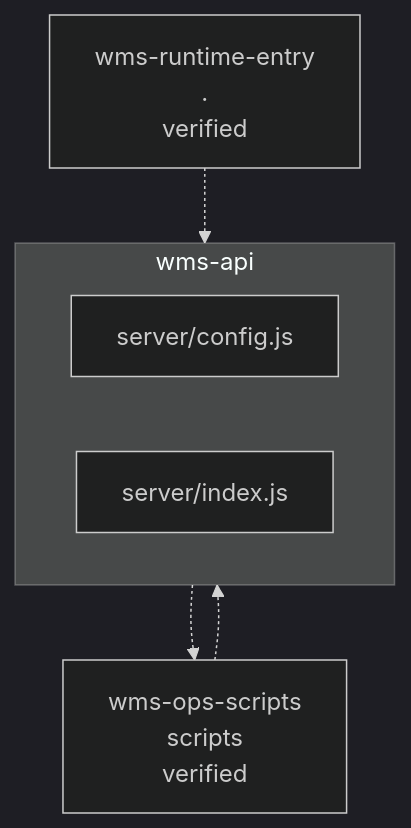
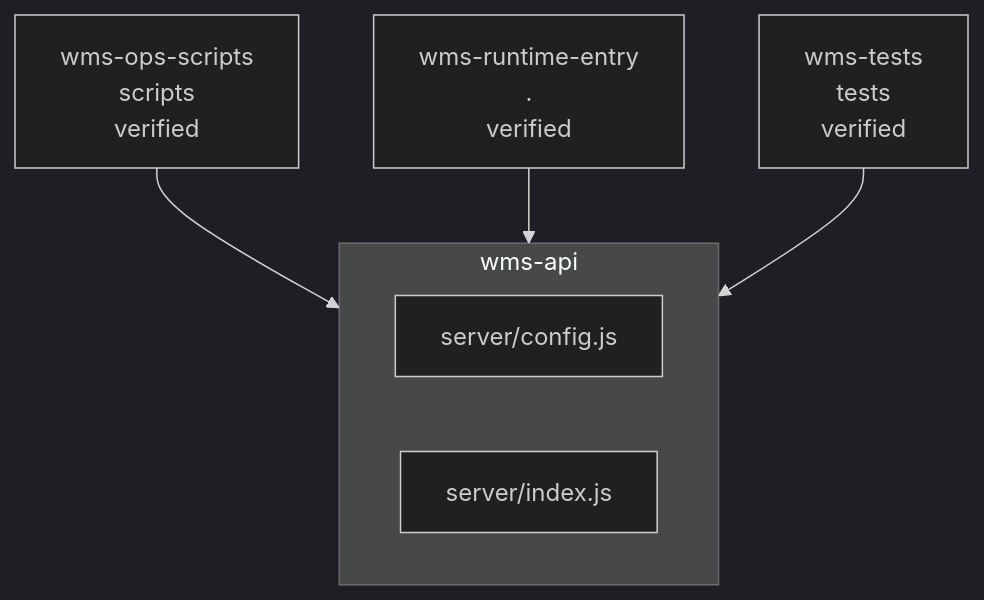
Before and after one commit to Islamce/WMS: the diagram in .ai/diagrams/component-wms-api.md, drawn with Mermaid (dark theme). The commit also changed other lines of this file and 94 other files, not shown here.

````diff
--- a/.ai/diagrams/component-wms-api.md
+++ b/.ai/diagrams/component-wms-api.md
@@ -7,13 +7,13 @@
 ```mermaid
 graph TB
   subgraph wms_api_box["wms-api"]
     ep_server_config_js["server/config.js"]
     ep_server_index_js["server/index.js"]
   end
   wms_ops_scripts["wms-ops-scripts<br/>scripts<br/>verified"]
-  wms_api_box -.-> wms_ops_scripts
-  wms_ops_scripts["wms-ops-scripts<br/>scripts<br/>verified"]
-  wms_ops_scripts -.-> wms_api_box
+  wms_ops_scripts --> wms_api_box
   wms_runtime_entry["wms-runtime-entry<br/>.<br/>verified"]
-  wms_runtime_entry -.-> wms_api_box
+  wms_runtime_entry --> wms_api_box
+  wms_tests["wms-tests<br/>tests<br/>verified"]
+  wms_tests --> wms_api_box
 ```
````
